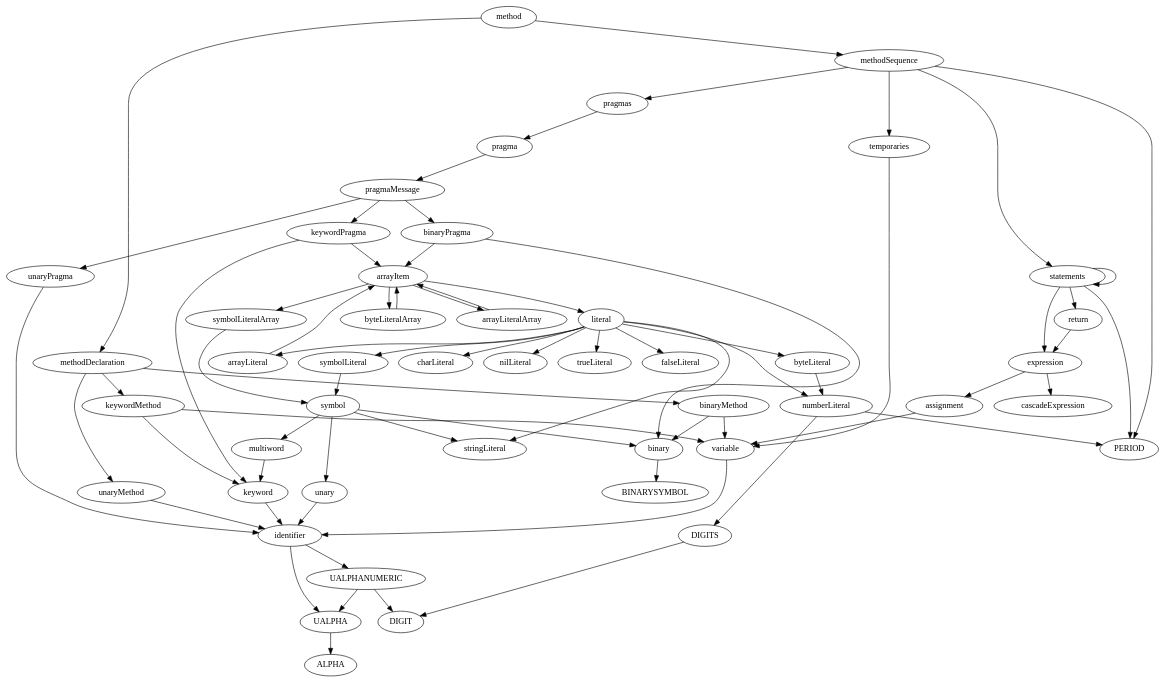
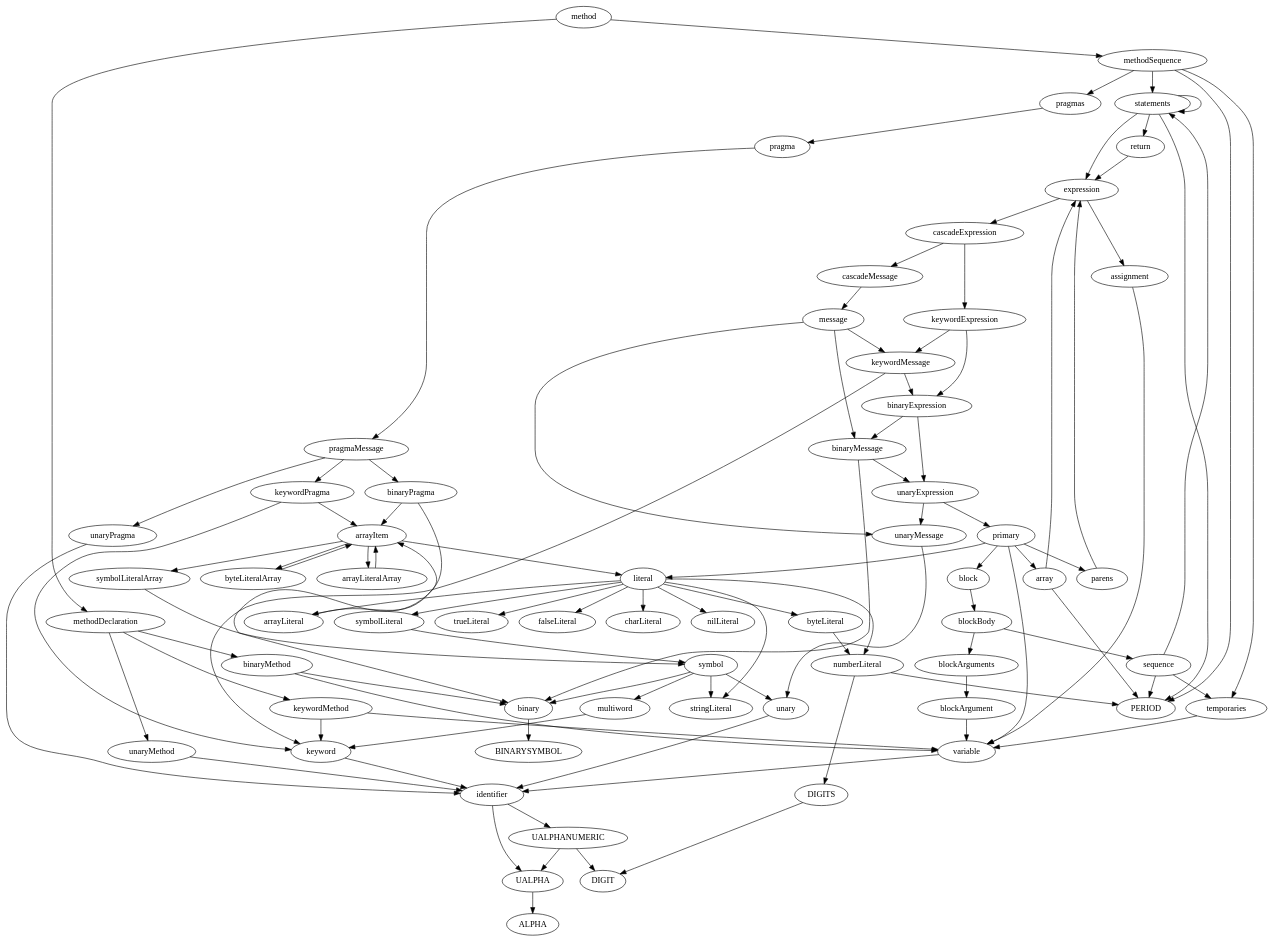
The diagram in Pharo.dot (Uko/Pharo-grammar), drawn with Graphviz before and after one commit. The commit also changed 1 other file, not shown here.

```diff
--- a/Pharo.dot
+++ b/Pharo.dot
@@ -1,71 +1,104 @@
 digraph {
 method -> methodDeclaration;
 methodDeclaration -> keywordMethod;
 keywordMethod -> keyword;
 keyword -> identifier;
 identifier -> UALPHA;
 UALPHA -> ALPHA;
 identifier -> UALPHANUMERIC;
 UALPHANUMERIC -> UALPHA;
 UALPHANUMERIC -> DIGIT;
 keywordMethod -> variable;
 variable -> identifier;
 methodDeclaration -> unaryMethod;
 unaryMethod -> identifier;
 methodDeclaration -> binaryMethod;
 binaryMethod -> binary;
 binary -> BINARYSYMBOL;
 binaryMethod -> variable;
 method -> methodSequence;
 methodSequence -> PERIOD;
 methodSequence -> pragmas;
 pragmas -> pragma;
 pragma -> pragmaMessage;
 pragmaMessage -> keywordPragma;
 keywordPragma -> keyword;
 keywordPragma -> arrayItem;
 arrayItem -> literal;
 literal -> numberLiteral;
 numberLiteral -> DIGITS;
 DIGITS -> DIGIT;
 numberLiteral -> PERIOD;
 literal -> stringLiteral;
 literal -> charLiteral;
 literal -> arrayLiteral;
 arrayLiteral -> arrayItem;
 literal -> byteLiteral;
 byteLiteral -> numberLiteral;
 literal -> symbolLiteral;
 symbolLiteral -> symbol;
 symbol -> unary;
 unary -> identifier;
 symbol -> binary;
 symbol -> multiword;
 multiword -> keyword;
 symbol -> stringLiteral;
 literal -> nilLiteral;
 literal -> trueLiteral;
 literal -> falseLiteral;
 arrayItem -> symbolLiteralArray;
 symbolLiteralArray -> symbol;
 arrayItem -> arrayLiteralArray;
 arrayLiteralArray -> arrayItem;
 arrayItem -> byteLiteralArray;
 byteLiteralArray -> arrayItem;
 pragmaMessage -> unaryPragma;
 unaryPragma -> identifier;
 pragmaMessage -> binaryPragma;
 binaryPragma -> binary;
 binaryPragma -> arrayItem;
 methodSequence -> temporaries;
 temporaries -> variable;
 methodSequence -> statements;
 statements -> expression;
 expression -> assignment;
 assignment -> variable;
 expression -> cascadeExpression;
+cascadeExpression -> keywordExpression;
+keywordExpression -> binaryExpression;
+binaryExpression -> unaryExpression;
+unaryExpression -> primary;
+primary -> literal;
+primary -> variable;
+primary -> block;
+block -> blockBody;
+blockBody -> blockArguments;
+blockArguments -> blockArgument;
+blockArgument -> variable;
+blockBody -> sequence;
+sequence -> temporaries;
+sequence -> PERIOD;
+sequence -> statements;
+primary -> parens;
+parens -> expression;
+primary -> array;
+array -> expression;
+array -> PERIOD;
+unaryExpression -> unaryMessage;
+unaryMessage -> unary;
+binaryExpression -> binaryMessage;
+binaryMessage -> binary;
+binaryMessage -> unaryExpression;
+keywordExpression -> keywordMessage;
+keywordMessage -> keyword;
+keywordMessage -> binaryExpression;
+cascadeExpression -> cascadeMessage;
+cascadeMessage -> message;
+message -> keywordMessage;
+message -> binaryMessage;
+message -> unaryMessage;
 statements -> PERIOD;
 statements -> statements;
 statements -> return;
 return -> expression;
 }
```
